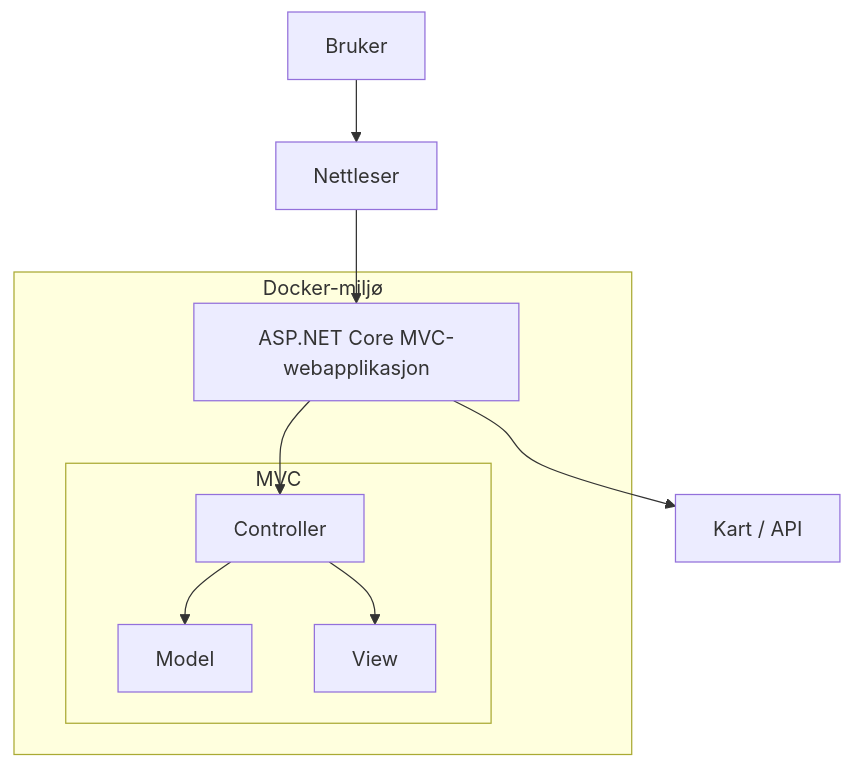
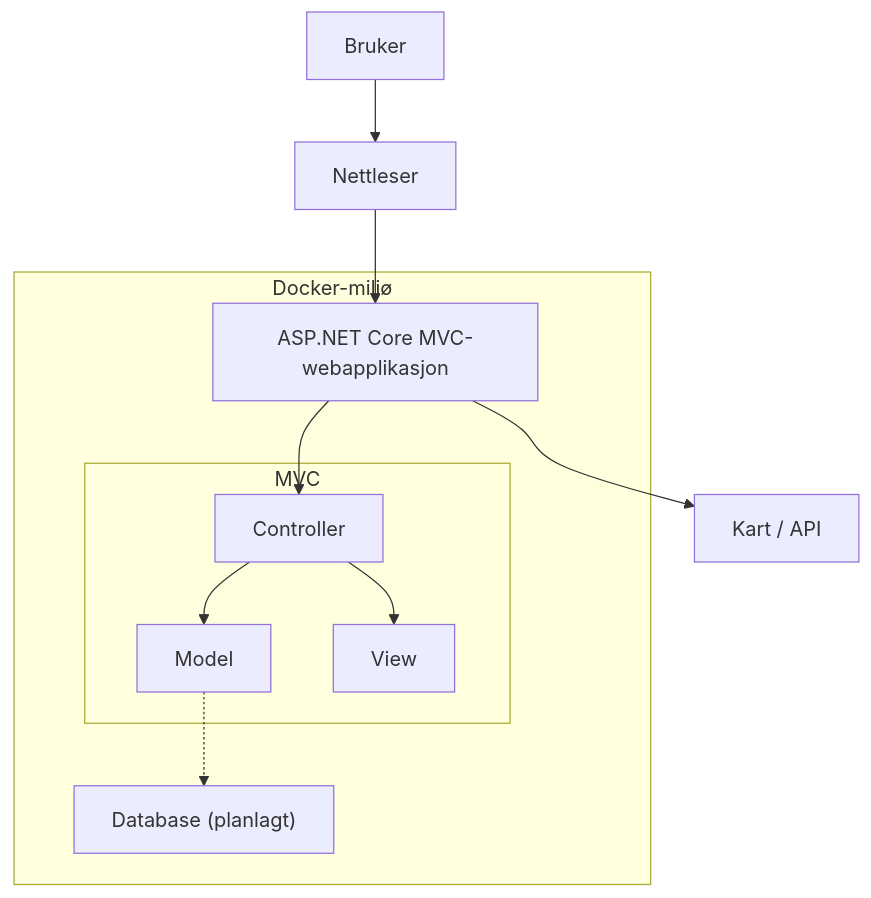
Before and after one commit to IS99NotFound/H-st-2026-Gruppe-1: the diagram in README.md, drawn with Mermaid.

Commit message:
oppdatert README.md : Driftsdokumentasjon

````diff
--- a/README.md
+++ b/README.md
@@ -77,22 +77,25 @@
 ```mermaid
 flowchart TD
     Bruker["Bruker"] --> Nettleser["Nettleser"]
 
     subgraph Docker["Docker-miljø"]
         App["ASP.NET Core MVC-webapplikasjon"]
 
         subgraph MVC["MVC"]
             Controller["Controller"]
             Model["Model"]
             View["View"]
         end
 
+        Database["Database (planlagt)"]
+
         App --> Controller
         Controller --> Model
         Controller --> View
+        Model -.-> Database
     end
 
     Nettleser --> App
 
     App --> KartAPI["Kart / API"]
 ```
````
